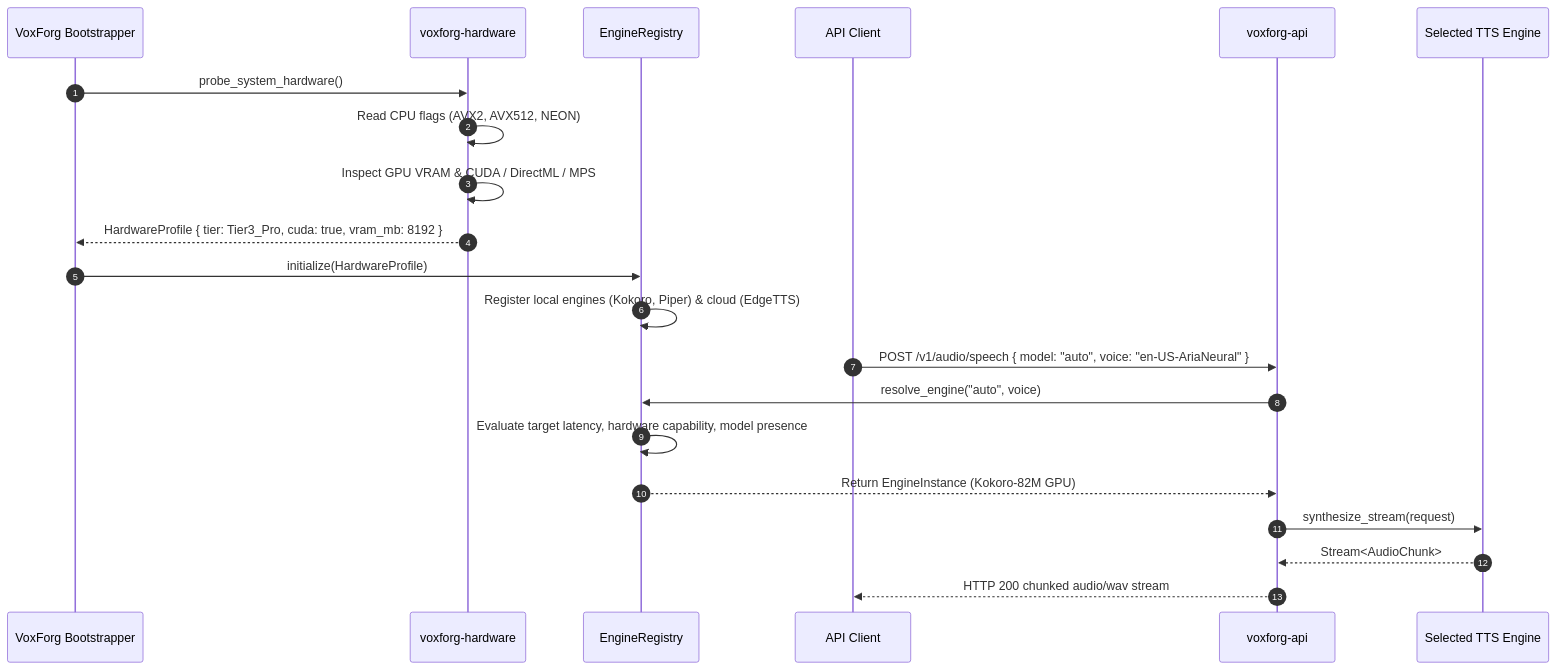
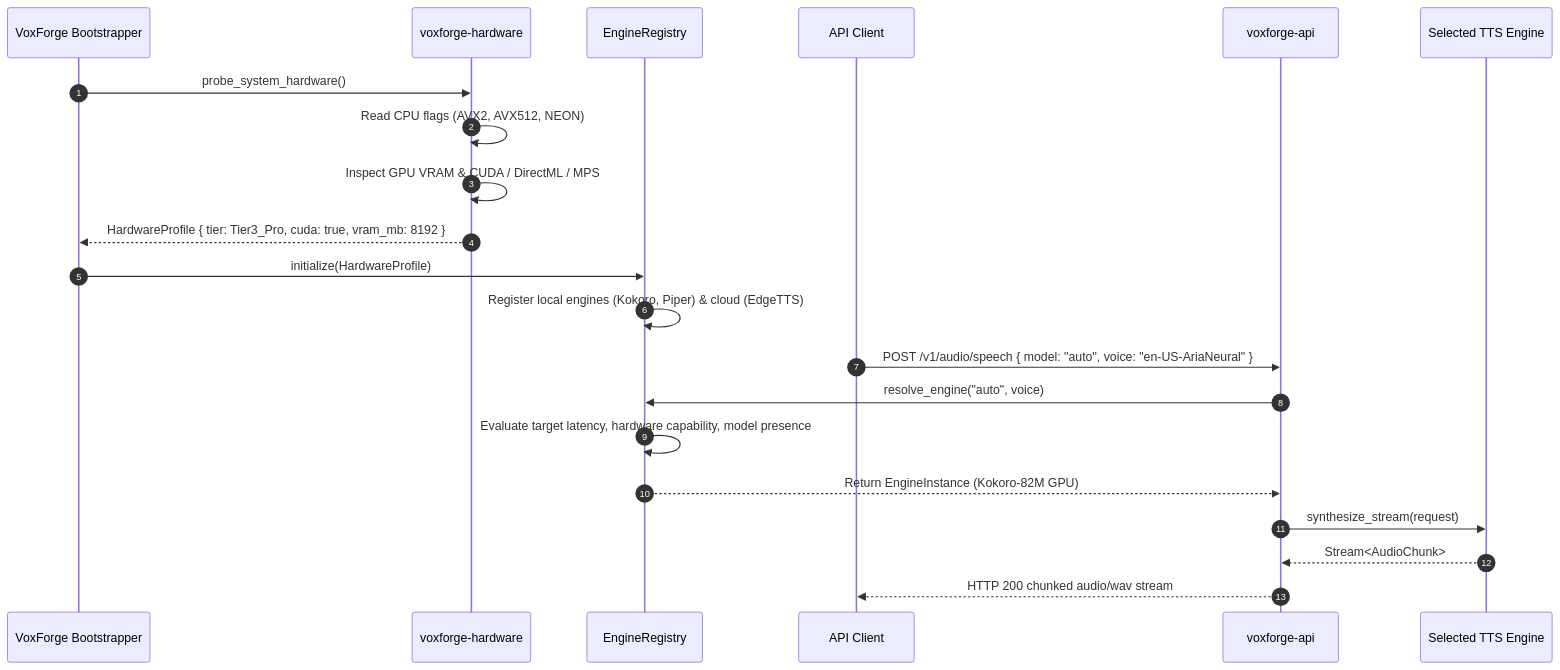
Before and after one commit to AMG555/VoxForge: the third of 8 diagrams in docs/architecture.md, drawn with Mermaid. The commit also changed other lines of this file and 294 other files, not shown here.

````diff
--- a/docs/architecture.md
+++ b/docs/architecture.md
@@ -174,27 +174,27 @@
 ```mermaid
 sequenceDiagram
     autonumber
-    participant Boot as VoxForg Bootstrapper
-    participant Probe as voxforg-hardware
+    participant Boot as VoxForge Bootstrapper
+    participant Probe as voxforge-hardware
     participant Registry as EngineRegistry
     participant Client as API Client
-    participant API as voxforg-api
+    participant API as voxforge-api
     participant Engine as Selected TTS Engine
 
     Boot->>Probe: probe_system_hardware()
     Probe->>Probe: Read CPU flags (AVX2, AVX512, NEON)
     Probe->>Probe: Inspect GPU VRAM & CUDA / DirectML / MPS
     Probe-->>Boot: HardwareProfile { tier: Tier3_Pro, cuda: true, vram_mb: 8192 }
 
     Boot->>Registry: initialize(HardwareProfile)
     Registry->>Registry: Register local engines (Kokoro, Piper) & cloud (EdgeTTS)
 
     Client->>API: POST /v1/audio/speech { model: "auto", voice: "en-US-AriaNeural" }
     API->>Registry: resolve_engine("auto", voice)
     Registry->>Registry: Evaluate target latency, hardware capability, model presence
     Registry-->>API: Return EngineInstance (Kokoro-82M GPU)
 
     API->>Engine: synthesize_stream(request)
     Engine-->>API: Stream<AudioChunk>
     API-->>Client: HTTP 200 chunked audio/wav stream
 ```
````
